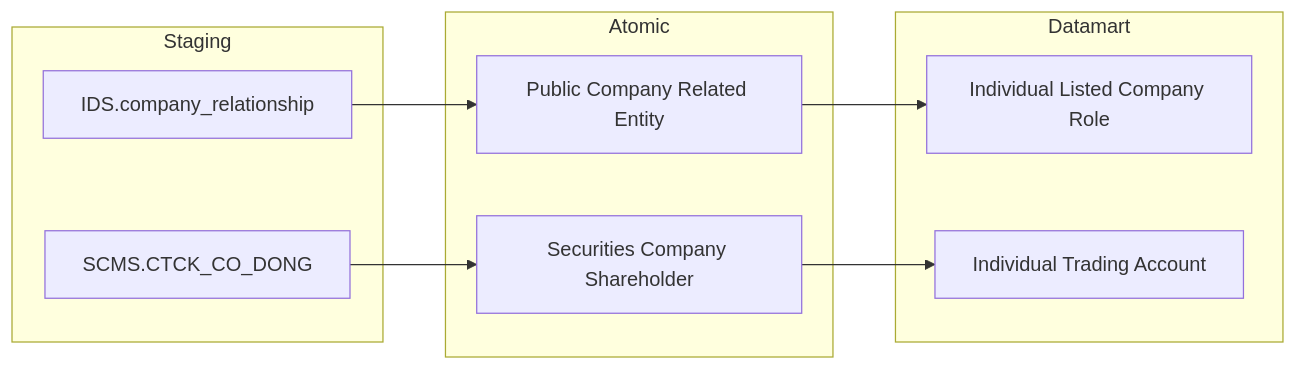
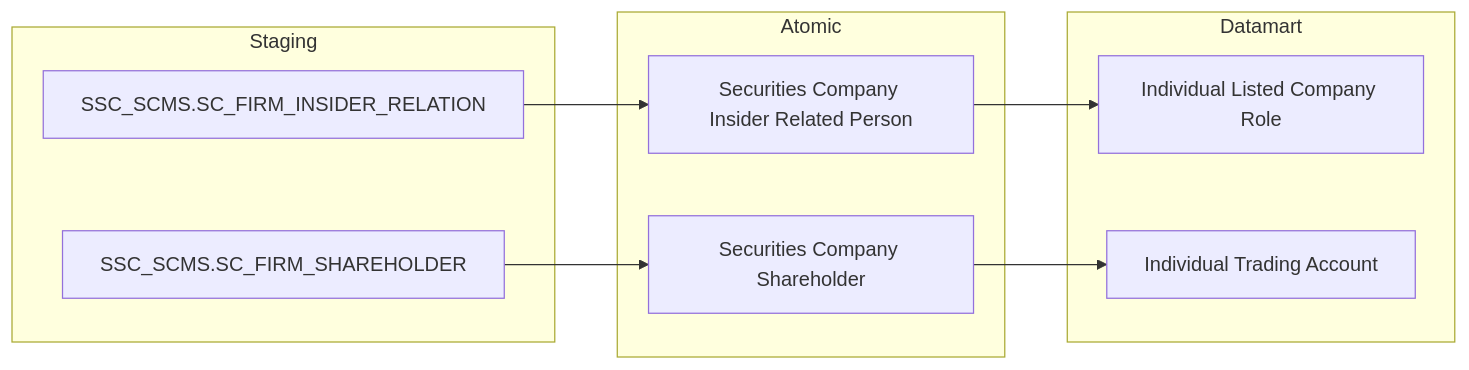
One commit to linhlvit/ubck_atomic_design changed diagram 16 of 30 in Datamart/hld/DTM_QLKD_HLD.md. Above: the diagram before and after it, drawn with Mermaid. The commit also changed other lines of this file and 35 other files, not shown here.

````diff
--- a/Datamart/hld/DTM_QLKD_HLD.md
+++ b/Datamart/hld/DTM_QLKD_HLD.md
@@ -568,23 +629,23 @@
 ```mermaid
 flowchart LR
     subgraph SRC["Staging"]
-        S1["IDS.company_relationship"]
-        S2["SCMS.CTCK_CO_DONG"]
+        S1["SSC_SCMS.SC_FIRM_INSIDER_RELATION"]
+        S2["SSC_SCMS.SC_FIRM_SHAREHOLDER"]
     end
 
     subgraph SIL["Atomic"]
-        SV1["Public Company Related Entity"]
+        SV1["Securities Company Insider Related Person"]
         SV2["Securities Company Shareholder"]
     end
 
     subgraph Datamart["Datamart"]
         G1["Individual Listed Company Role"]
         G2["Individual Trading Account"]
     end
 
     S1 --> SV1
     S2 --> SV2
 
     SV1 --> G1
     SV2 --> G2
 ```
````
